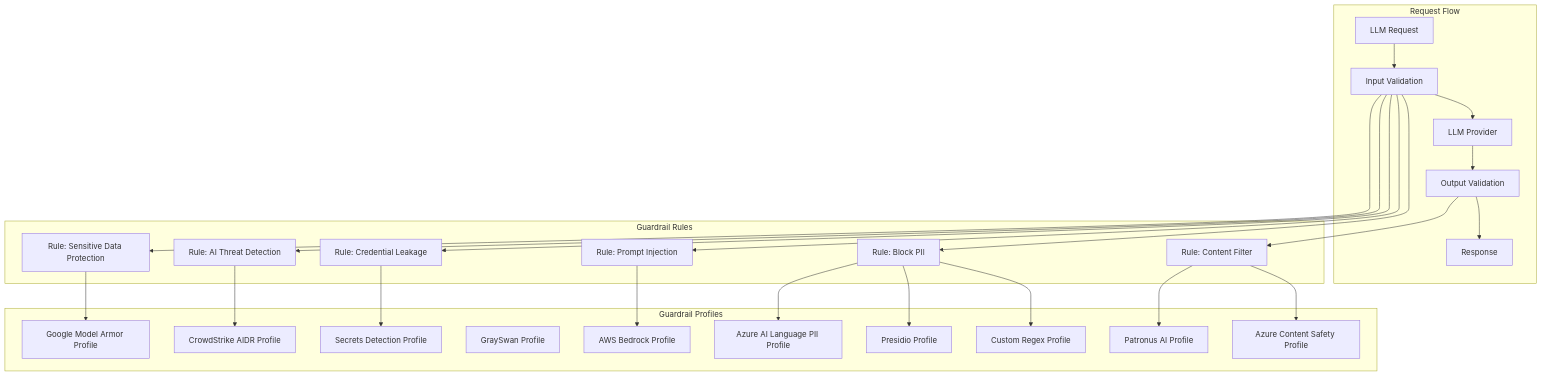
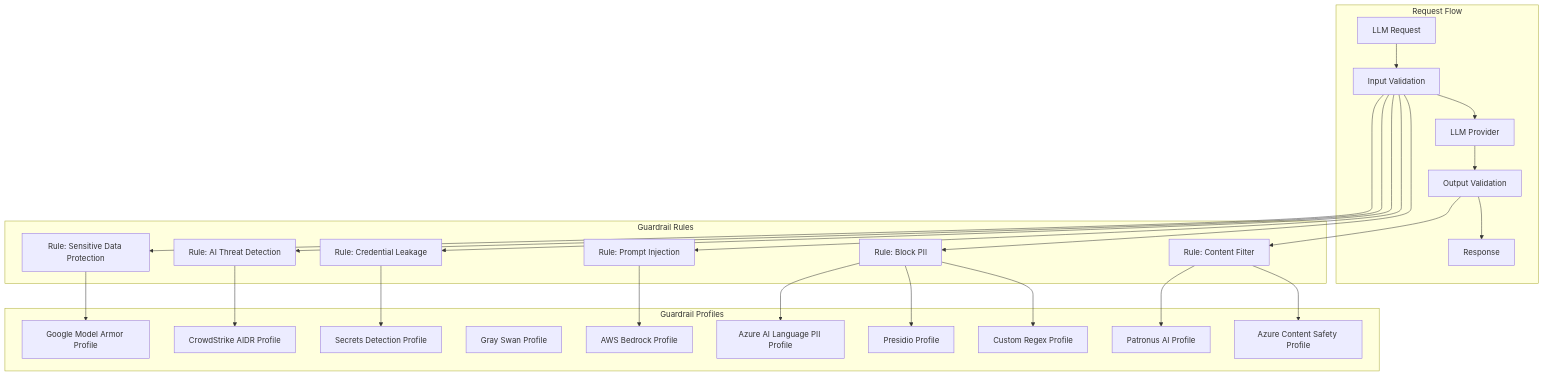
One commit to akhsaul/bifrost changed the diagram in docs/enterprise/guardrails.mdx. Above: the diagram before and after it, drawn with Mermaid. The commit also changed other lines of this file and 6 other files, not shown here.

Commit message:
Correct company name is "Gray Swan", not "GraySwan" (#5263)

````diff
--- a/docs/enterprise/guardrails.mdx
+++ b/docs/enterprise/guardrails.mdx
@@ -102,48 +102,48 @@
 ```mermaid
 flowchart TB
     subgraph request_flow [Request Flow]
         Request[LLM Request] --> InputValidation[Input Validation]
         InputValidation --> LLMProvider[LLM Provider]
         LLMProvider --> OutputValidation[Output Validation]
         OutputValidation --> Response[Response]
     end
 
     subgraph rules [Guardrail Rules]
         Rule1[Rule: Block PII]
         Rule2[Rule: Content Filter]
         Rule3[Rule: Prompt Injection]
         Rule4[Rule: Credential Leakage]
         Rule5[Rule: AI Threat Detection]
         Rule6[Rule: Sensitive Data Protection]
     end
 
     subgraph profiles [Guardrail Profiles]
         Profile1[AWS Bedrock Profile]
         Profile2[Azure Content Safety Profile]
         Profile3[Patronus AI Profile]
-        Profile4[GraySwan Profile]
+        Profile4[Gray Swan Profile]
         Profile5[Secrets Detection Profile]
         Profile6[Custom Regex Profile]
         Profile7[CrowdStrike AIDR Profile]
         Profile8[Google Model Armor Profile]
         Profile9[Presidio Profile]
         Profile10[Azure AI Language PII Profile]
     end
 
     InputValidation --> Rule1
     InputValidation --> Rule3
     InputValidation --> Rule4
     InputValidation --> Rule5
     InputValidation --> Rule6
     OutputValidation --> Rule2
 
     Rule1 --> Profile6
     Rule1 --> Profile9
     Rule1 --> Profile10
     Rule2 --> Profile2
     Rule2 --> Profile3
     Rule3 --> Profile1
     Rule4 --> Profile5
     Rule5 --> Profile7
     Rule6 --> Profile8
 ```
````
